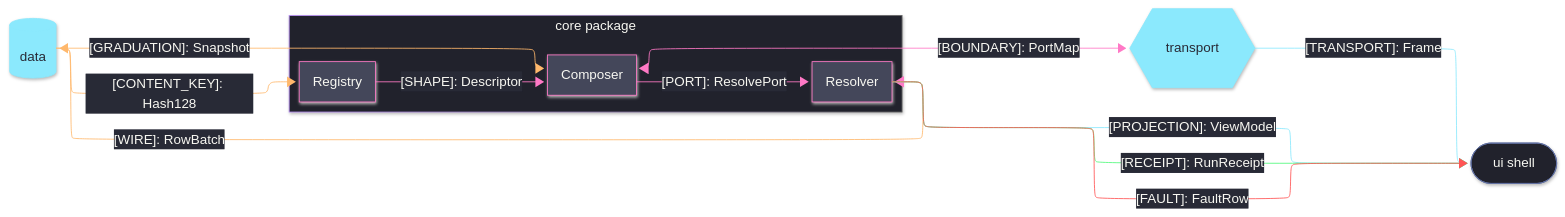
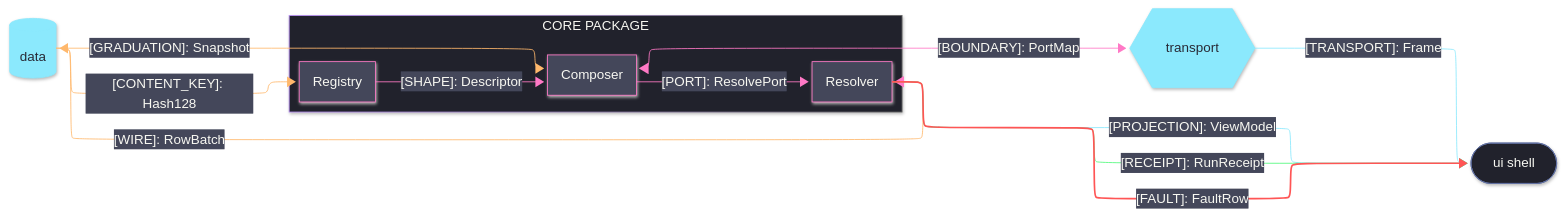
The diagram in .claude/skills/mermaid-diagramming/templates/seam-graph.mmd.md (bsamiee/Rasm), drawn with Mermaid before and after one commit. The commit also changed other lines of this file and 51 other files, not shown here.

````diff
--- a/.claude/skills/mermaid-diagramming/templates/seam-graph.mmd.md
+++ b/.claude/skills/mermaid-diagramming/templates/seam-graph.mmd.md
@@ -5,54 +5,57 @@
 ```mermaid
 ---
 config:
   layout: elk
   look: neo
   theme: base
   elk:
     mergeEdges: true
+  flowchart:
+    padding: 16
+  themeCSS: ".nodeLabel{font-size:14px;font-weight:500}.edgeLabel{font-size:12.5px;font-weight:500}.cluster-label .nodeLabel{font-size:13px;font-weight:600}.cluster rect{stroke-width:1.5px}.edgePaths path{stroke-width:1.5px}"
   themeVariables:
     darkMode: true
     background: "#282A36"
     primaryColor: "#44475A"
     primaryTextColor: "#F8F8F2"
     primaryBorderColor: "#BD93F9"
     lineColor: "#FF79C6"
     textColor: "#F8F8F2"
     clusterBkg: "#21222C"
     clusterBorder: "#6272A4"
-    edgeLabelBackground: "#282A36"
+    edgeLabelBackground: "#44475A"
     titleColor: "#F8F8F2"
-    fontFamily: "monospace"
+    fontFamily: "SF Mono, Menlo, Cascadia Mono, Segoe UI Mono, Consolas, monospace"
 ---
 flowchart LR
     accTitle: Package seam registry
     accDescr: Home package sub-domains exchanging kinded shapes with external counterparts, edge rails colored by kind and nodes classed by seam direction.
-    subgraph core[core package]
+    subgraph core[CORE PACKAGE]
         Resolver[Resolver]
         Registry[Registry]
         Composer[Composer]
     end
     DataStore[(data)]
     UiShell([ui shell])
     Transport{{transport}}
     Registry -->|"[SHAPE]: Descriptor"| Composer
     Composer -->|"[PORT]: ResolvePort"| Resolver
     Resolver <-->|"[WIRE]: RowBatch"| DataStore
     DataStore -->|"[CONTENT_KEY]: Hash128"| Registry
     DataStore -->|"[GRADUATION]: Snapshot"| Composer
     Composer <-->|"[BOUNDARY]: PortMap"| Transport
     Transport -->|"[TRANSPORT]: Frame"| UiShell
     Resolver -->|"[PROJECTION]: ViewModel"| UiShell
     Resolver -->|"[RECEIPT]: RunReceipt"| UiShell
     Resolver -->|"[FAULT]: FaultRow"| UiShell
-    linkStyle 2,3,4 stroke:#FFB86C
-    linkStyle 6,7 stroke:#8BE9FD
-    linkStyle 8 stroke:#50FA7B
-    linkStyle 9 stroke:#FF5555
+    linkStyle 2,3,4 stroke:#FFB86C,color:#F8F8F2
+    linkStyle 6,7 stroke:#8BE9FD,color:#F8F8F2
+    linkStyle 8 stroke:#50FA7B,color:#F8F8F2
+    linkStyle 9 stroke:#FF5555,stroke-width:2px,color:#F8F8F2
     classDef primary fill:#44475A,stroke:#FF79C6,color:#F8F8F2
     classDef external fill:#8BE9FD,stroke:#8BE9FD,color:#282A36
     classDef annotation fill:#21222C,stroke:#6272A4,color:#F8F8F2
     class Resolver,Registry,Composer primary
     class DataStore,Transport external
     class UiShell annotation
 ```
````
